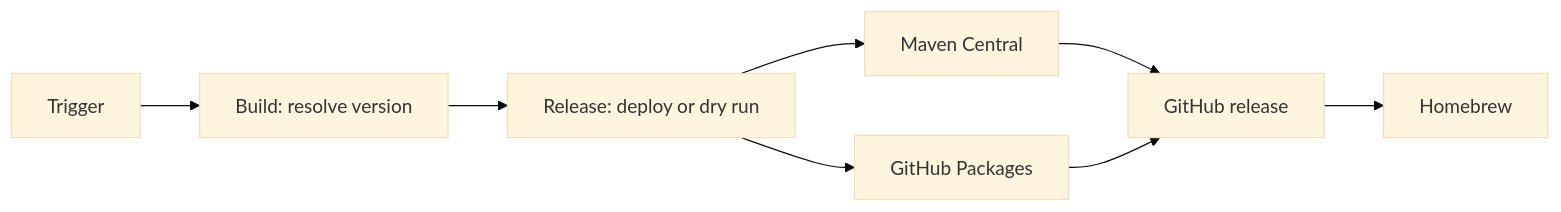
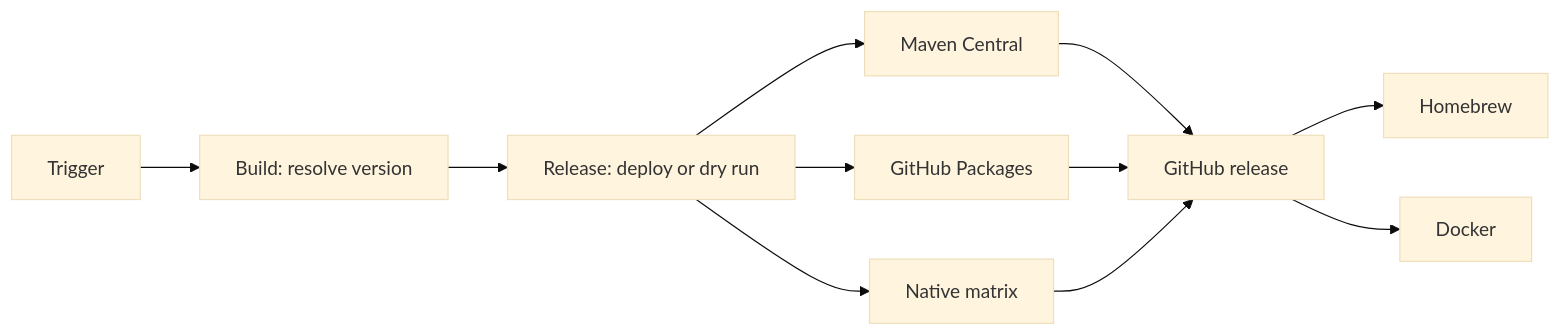
One commit to YunaBraska/YunaBraska changed the diagram in JAVA_CI_CD.md. Above: the diagram before and after it, drawn with Mermaid (base theme). The commit also changed other lines of this file and 3 other files, not shown here.

Commit message:
ci: add native and Docker publishing (#32)

````diff
--- a/JAVA_CI_CD.md
+++ b/JAVA_CI_CD.md
@@ -5,10 +5,13 @@
 ```mermaid
 flowchart LR
   A[Trigger] --> B[Build: resolve version]
   B --> C[Release: deploy or dry run]
   C --> D[Maven Central]
   C --> E[GitHub Packages]
+  C --> N[Native matrix]
   D --> F[GitHub release]
   E --> F
+  N --> F
   F --> G[Homebrew]
+  F --> H[Docker]
 ```
````
